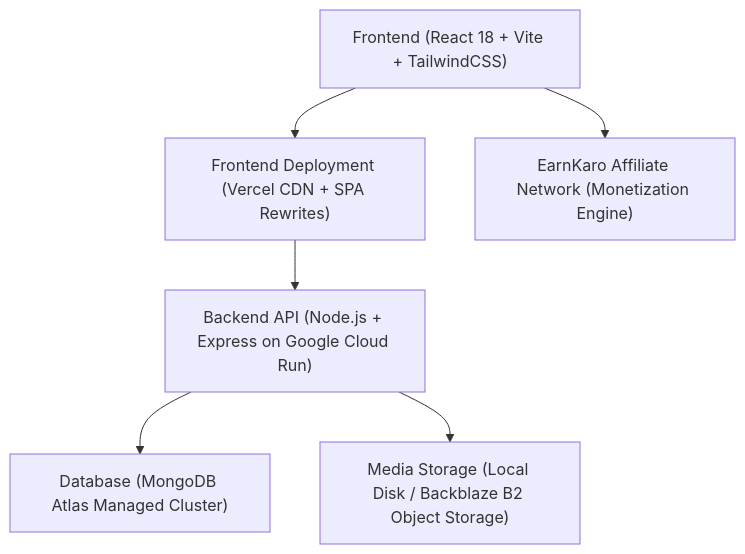
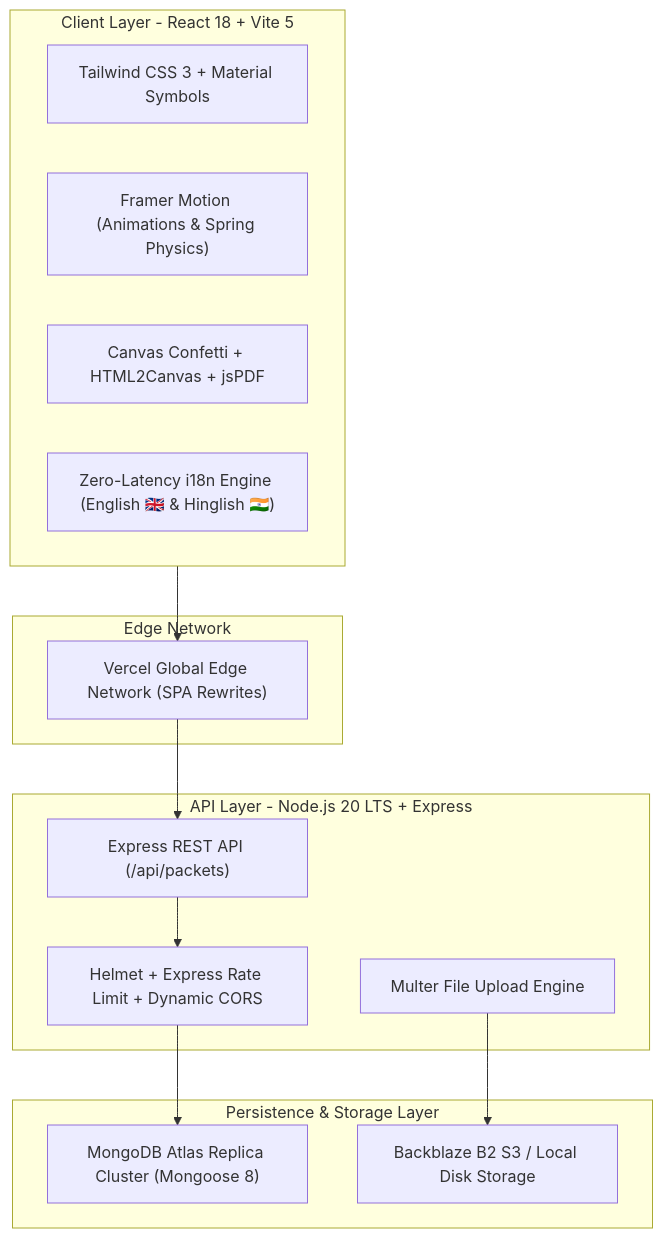
One commit to onemoremohit/my-sibling-vault changed the first of 2 diagrams in PROJECT_DOCUMENTATION.md. Above: the diagram before and after it, drawn with Mermaid. The commit also changed other lines of this file and 18 other files, not shown here.

````diff
--- a/PROJECT_DOCUMENTATION.md
+++ b/PROJECT_DOCUMENTATION.md
@@ -17,16 +20,30 @@
 ```mermaid
 graph TD
-    Client["Frontend (React 18 + Vite + TailwindCSS)"]
-    Vercel["Frontend Deployment (Vercel CDN + SPA Rewrites)"]
-    
-    CloudRun["Backend API (Node.js + Express on Google Cloud Run)"]
-    MongoDB["Database (MongoDB Atlas Managed Cluster)"]
-    Storage["Media Storage (Local Disk / Backblaze B2 Object Storage)"]
-    Affiliate["EarnKaro Affiliate Network (Monetization Engine)"]
+    subgraph Frontend [Client Layer - React 18 + Vite 5]
+        UI["Tailwind CSS 3 + Material Symbols"]
+        Motion["Framer Motion (Animations & Spring Physics)"]
+        Canvas["Canvas Confetti + HTML2Canvas + jsPDF"]
+        i18n["Zero-Latency i18n Engine (English 🇬🇧 & Hinglish 🇮🇳)"]
+    end
 
-    Client --> Vercel
-    Vercel --> CloudRun
-    CloudRun --> MongoDB
-    CloudRun --> Storage
-    Client --> Affiliate
+    subgraph CDN [Edge Network]
+        Vercel["Vercel Global Edge Network (SPA Rewrites)"]
+    end
+
+    subgraph Backend [API Layer - Node.js 20 LTS + Express]
+        Security["Helmet + Express Rate Limit + Dynamic CORS"]
+        Router["Express REST API (/api/packets)"]
+        Upload["Multer File Upload Engine"]
+    end
+
+    subgraph Storage [Persistence & Storage Layer]
+        MongoDB["MongoDB Atlas Replica Cluster (Mongoose 8)"]
+        ObjectStore["Backblaze B2 S3 / Local Disk Storage"]
+    end
+
+    Frontend --> Vercel
+    Vercel --> Router
+    Router --> Security
+    Security --> MongoDB
+    Upload --> ObjectStore
 ```
````
